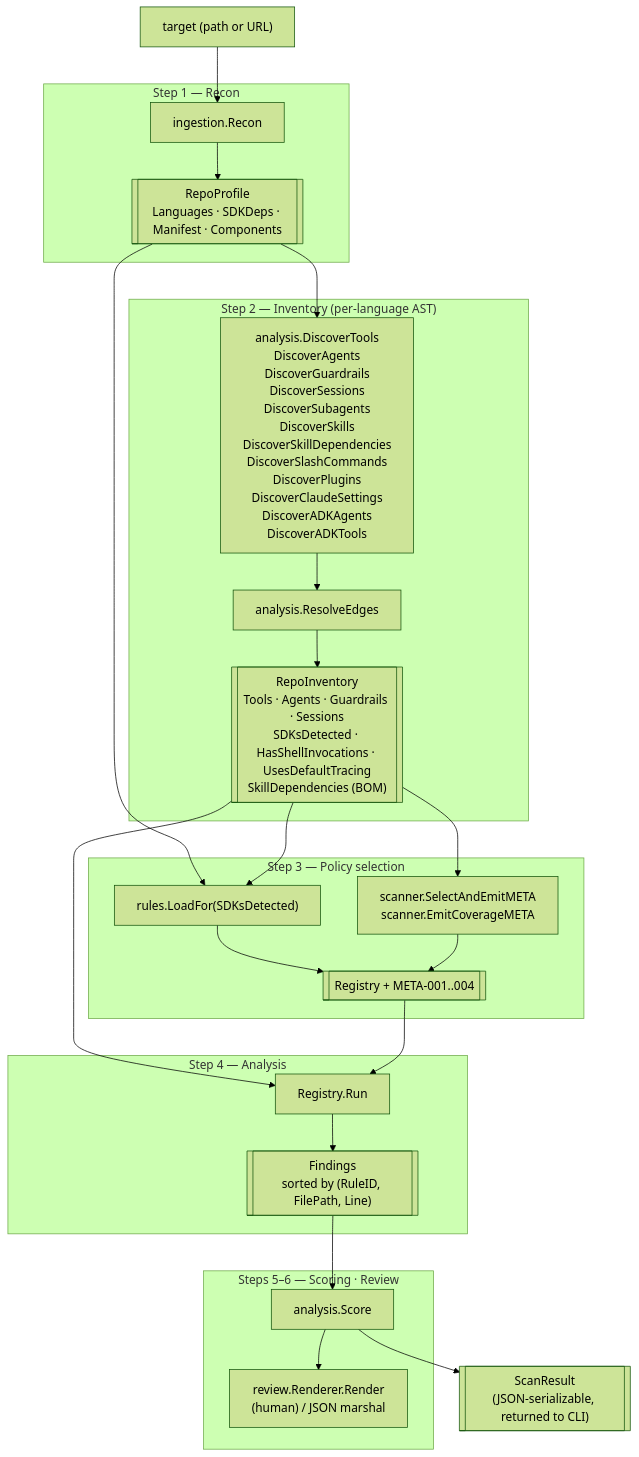
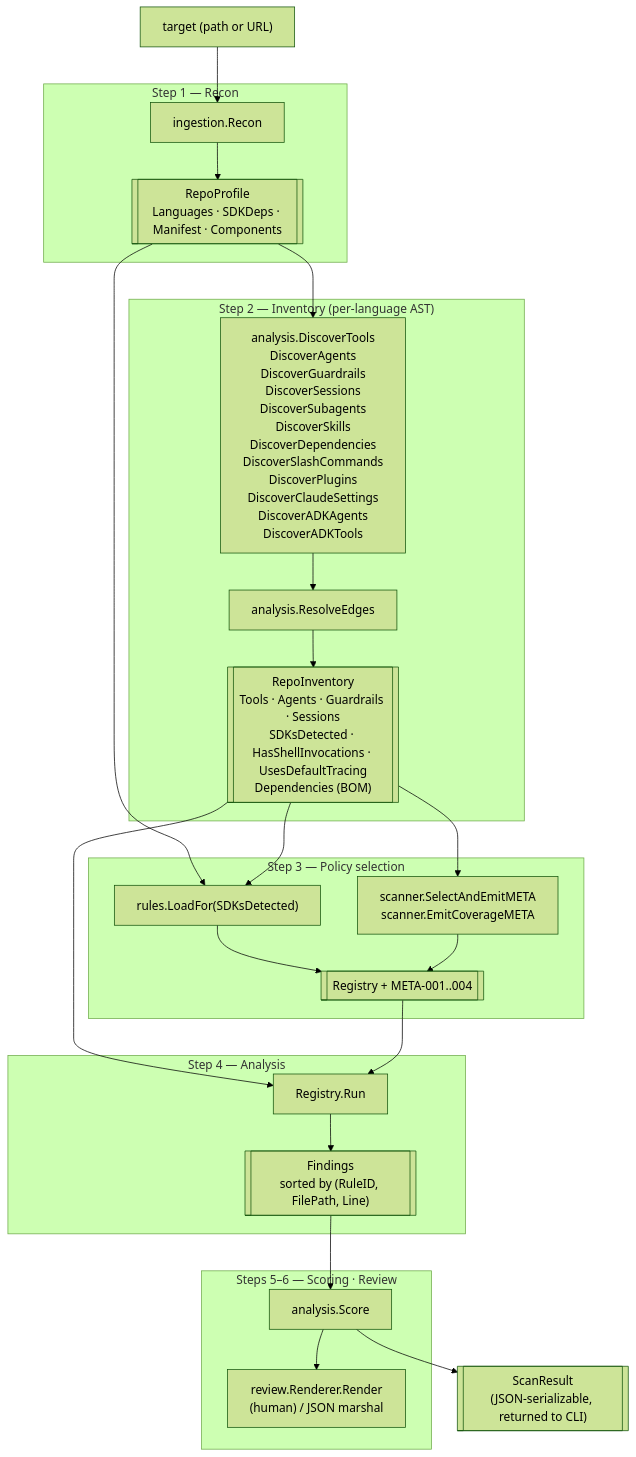
Before and after one commit to trustabl/trustabl: the first of 4 diagrams in ARCHITECTURE.md, drawn with Mermaid (forest theme). The commit also changed other lines of this file and 14 other files, not shown here.

First line of the commit message:
feat(deps): repo-wide dependency BOM across supported package managers

````diff
--- a/ARCHITECTURE.md
+++ b/ARCHITECTURE.md
@@ -314,49 +314,49 @@
 ```mermaid
 flowchart TD
     target["target (path or URL)"]
 
     subgraph S1["Step 1 — Recon"]
         recon["ingestion.Recon"]
         profile[["RepoProfile<br/>Languages · SDKDeps · Manifest · Components"]]
         recon --> profile
     end
 
     subgraph S2["Step 2 — Inventory (per-language AST)"]
-        disc["analysis.DiscoverTools<br/>DiscoverAgents<br/>DiscoverGuardrails<br/>DiscoverSessions<br/>DiscoverSubagents<br/>DiscoverSkills<br/>DiscoverSkillDependencies<br/>DiscoverSlashCommands<br/>DiscoverPlugins<br/>DiscoverClaudeSettings<br/>DiscoverADKAgents<br/>DiscoverADKTools"]
+        disc["analysis.DiscoverTools<br/>DiscoverAgents<br/>DiscoverGuardrails<br/>DiscoverSessions<br/>DiscoverSubagents<br/>DiscoverSkills<br/>DiscoverDependencies<br/>DiscoverSlashCommands<br/>DiscoverPlugins<br/>DiscoverClaudeSettings<br/>DiscoverADKAgents<br/>DiscoverADKTools"]
         edges["analysis.ResolveEdges"]
-        inv[["RepoInventory<br/>Tools · Agents · Guardrails · Sessions<br/>SDKsDetected · HasShellInvocations · UsesDefaultTracing<br/>SkillDependencies (BOM)"]]
+        inv[["RepoInventory<br/>Tools · Agents · Guardrails · Sessions<br/>SDKsDetected · HasShellInvocations · UsesDefaultTracing<br/>Dependencies (BOM)"]]
         disc --> edges --> inv
     end
 
     subgraph S3["Step 3 — Policy selection"]
         loadfor["rules.LoadFor(SDKsDetected)"]
         meta["scanner.SelectAndEmitMETA<br/>scanner.EmitCoverageMETA"]
         reg[["Registry + META-001..004"]]
         loadfor --> reg
         meta --> reg
     end
 
     subgraph S4["Step 4 — Analysis"]
         run["Registry.Run"]
         findings[["Findings<br/>sorted by (RuleID, FilePath, Line)"]]
         run --> findings
     end
 
     subgraph S56["Steps 5–6 — Scoring · Review"]
         score["analysis.Score"]
         render["review.Renderer.Render<br/>(human) / JSON marshal"]
         score --> render
     end
 
     result[["ScanResult<br/>(JSON-serializable, returned to CLI)"]]
 
     target --> recon
     profile --> disc
     profile --> loadfor
     inv --> loadfor
     inv --> meta
     inv --> run
     reg --> run
     findings --> score
     score --> result
 ```
````
